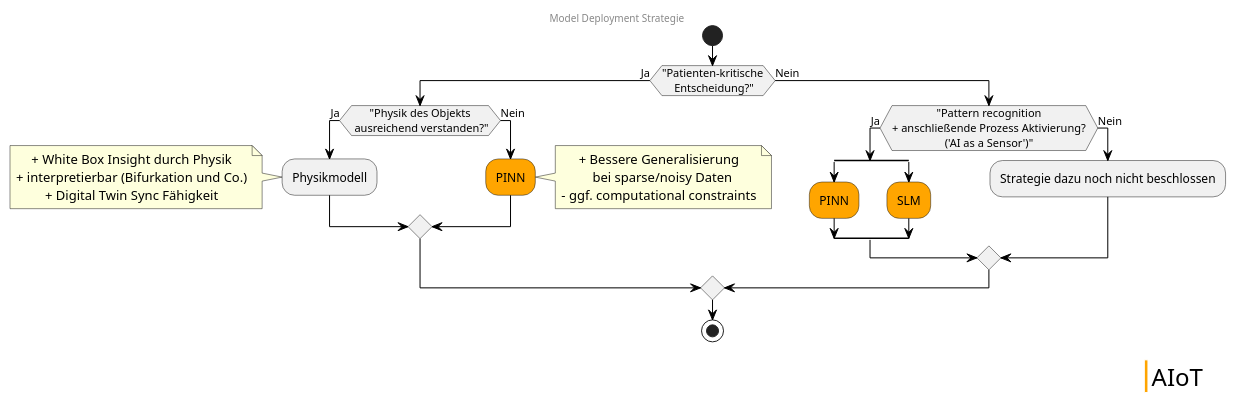
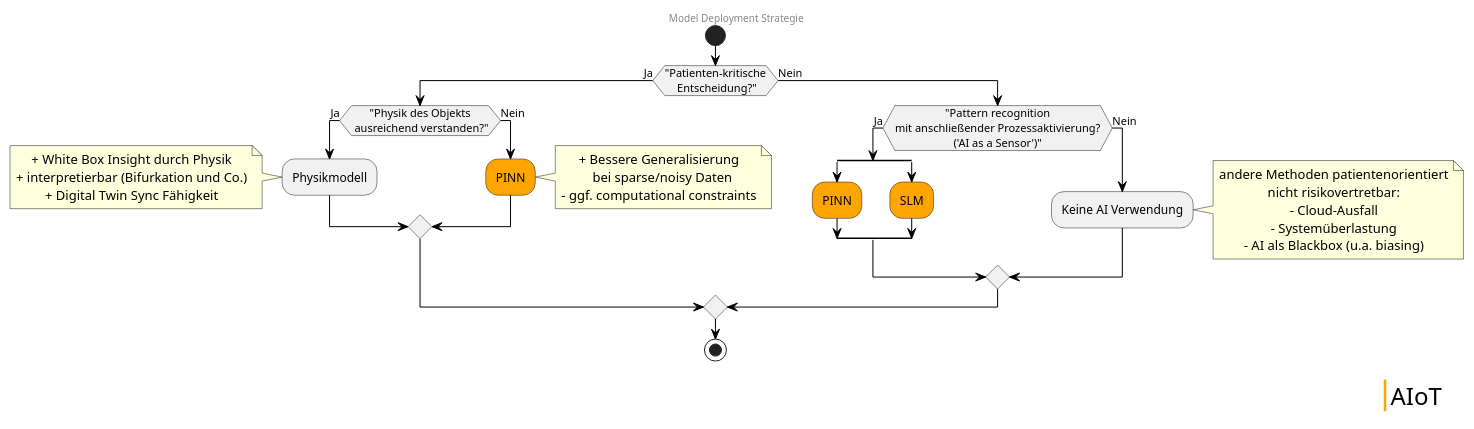
Before and after one commit to Jan-Piotraschke/Schwanensee: the diagram in doc/model_deployment_strategy.puml, drawn with PlantUML.

```diff
--- a/doc/model_deployment_strategy.puml
+++ b/doc/model_deployment_strategy.puml
@@ -1,56 +1,63 @@
 @startuml ModelDeploymentStrategy
 ' ──────────────────────  visual settings  ──────────────────────
 skinparam defaultTextAlignment center
 skinparam node {
   BackgroundColor White
   BorderColor Black
 }
 skinparam arrow {
   Color Black
 }
 
 header
 Model Deployment Strategie
 endheader
 
 ' ──────────────────────  decision flow  ────────────────────────
 start
 
 if ("Patienten-kritische\n Entscheidung?") then (Ja)
   if ("Physik des Objekts\n ausreichend verstanden?") then (Ja)
     :Physikmodell;
     note left
       + White Box Insight durch Physik
       + interpretierbar (Bifurkation und Co.)
       + Digital Twin Sync Fähigkeit
     end note
   else (Nein)
     #orange:PINN;
     note right
       + Bessere Generalisierung
         bei sparse/noisy Daten
       - ggf. computational constraints
     end note
   endif
 else (Nein)
-  if ("Pattern recognition\n+ anschließende Prozess Aktivierung?\n('AI as a Sensor')") then (Ja)
+  if ("Pattern recognition\nmit anschließender Prozessaktivierung?\n('AI as a Sensor')") then (Ja)
     split
       #orange:PINN;
     split again
       #orange:SLM;
     end split
   else (Nein)
-    :Strategie dazu noch nicht beschlossen;
+    :Keine AI Verwendung;
+    note right
+       andere Methoden patientenorientiert
+       nicht risikovertretbar:
+       - Cloud-Ausfall
+       - Systemüberlastung
+       - AI als Blackbox (u.a. biasing)
+    end note
   endif
 endif
 
 stop
 
 skinparam LegendBackgroundColor #FFFFFF
 skinparam LegendBorderColor #FFFFFF
 
 legend right
   <#FFFFFF,#FFFFFF>|<#orange>| <size:24>AIoT</size> |
 endlegend
 
 @enduml
```
